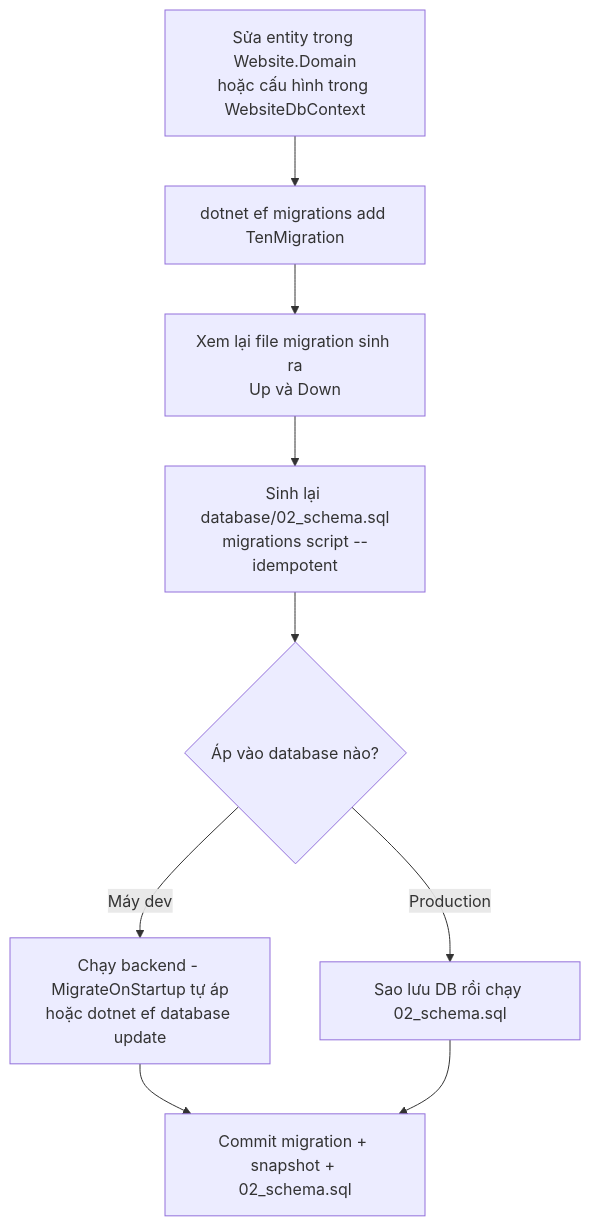
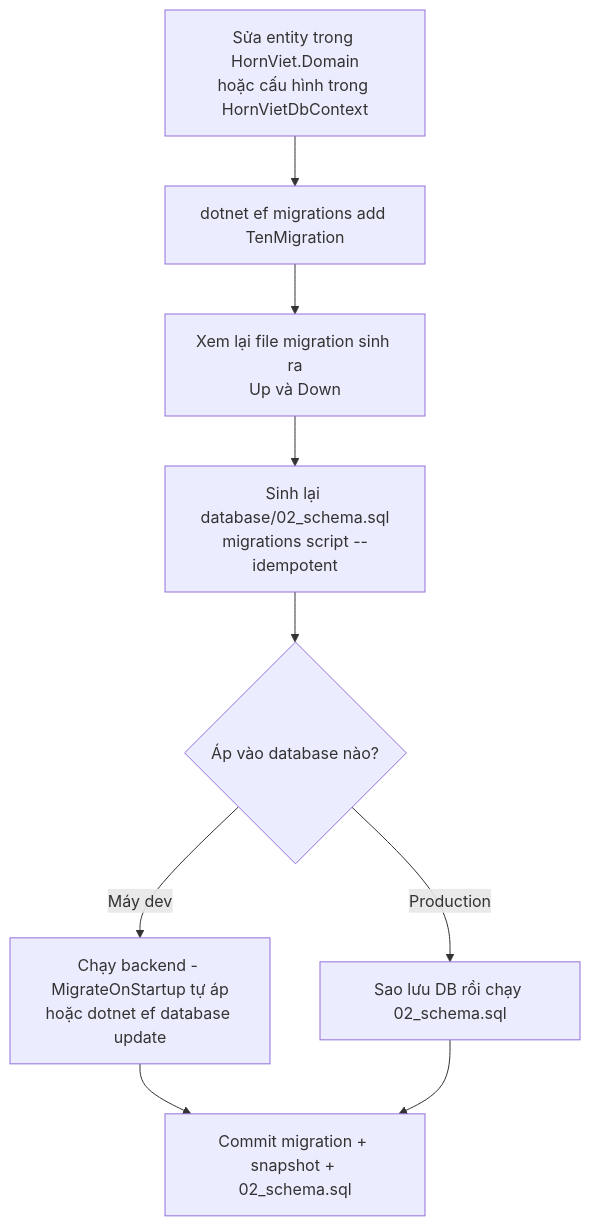
The second of 2 diagrams in docs/he-thong/10-co-so-du-lieu.md (Tngoc2902/HornViet), drawn with Mermaid before and after one commit. The commit also changed other lines of this file and 170 other files, not shown here.

First line of the commit message:
Đổi tên backend Website.* thành HornViet.*

````diff
--- a/docs/he-thong/10-co-so-du-lieu.md
+++ b/docs/he-thong/10-co-so-du-lieu.md
@@ -282,11 +282,11 @@
 ```mermaid
 flowchart TD
-    A["Sửa entity trong Website.Domain<br/>hoặc cấu hình trong WebsiteDbContext"] --> B["dotnet ef migrations add TenMigration"]
+    A["Sửa entity trong HornViet.Domain<br/>hoặc cấu hình trong HornVietDbContext"] --> B["dotnet ef migrations add TenMigration"]
     B --> C["Xem lại file migration sinh ra<br/>Up và Down"]
     C --> D["Sinh lại database/02_schema.sql<br/>migrations script --idempotent"]
     D --> E{"Áp vào database nào?"}
     E -->|"Máy dev"| F["Chạy backend - MigrateOnStartup tự áp<br/>hoặc dotnet ef database update"]
     E -->|"Production"| G["Sao lưu DB rồi chạy 02_schema.sql"]
     F --> H["Commit migration + snapshot + 02_schema.sql"]
     G --> H
 ```
````
